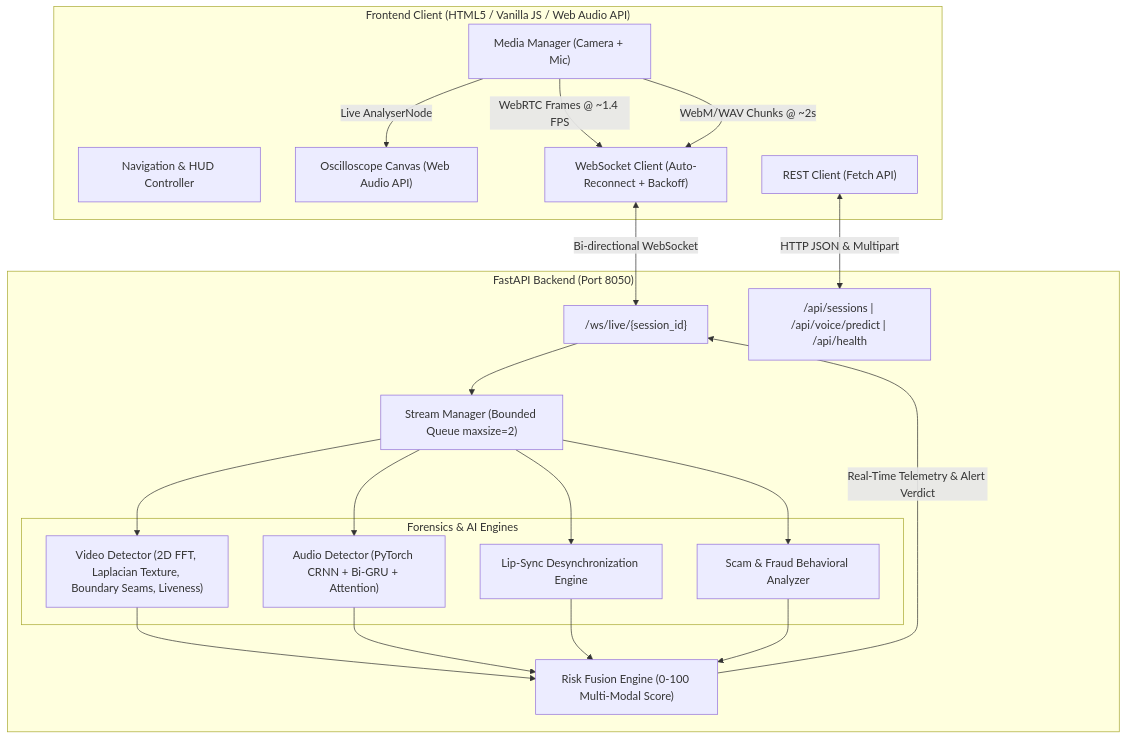
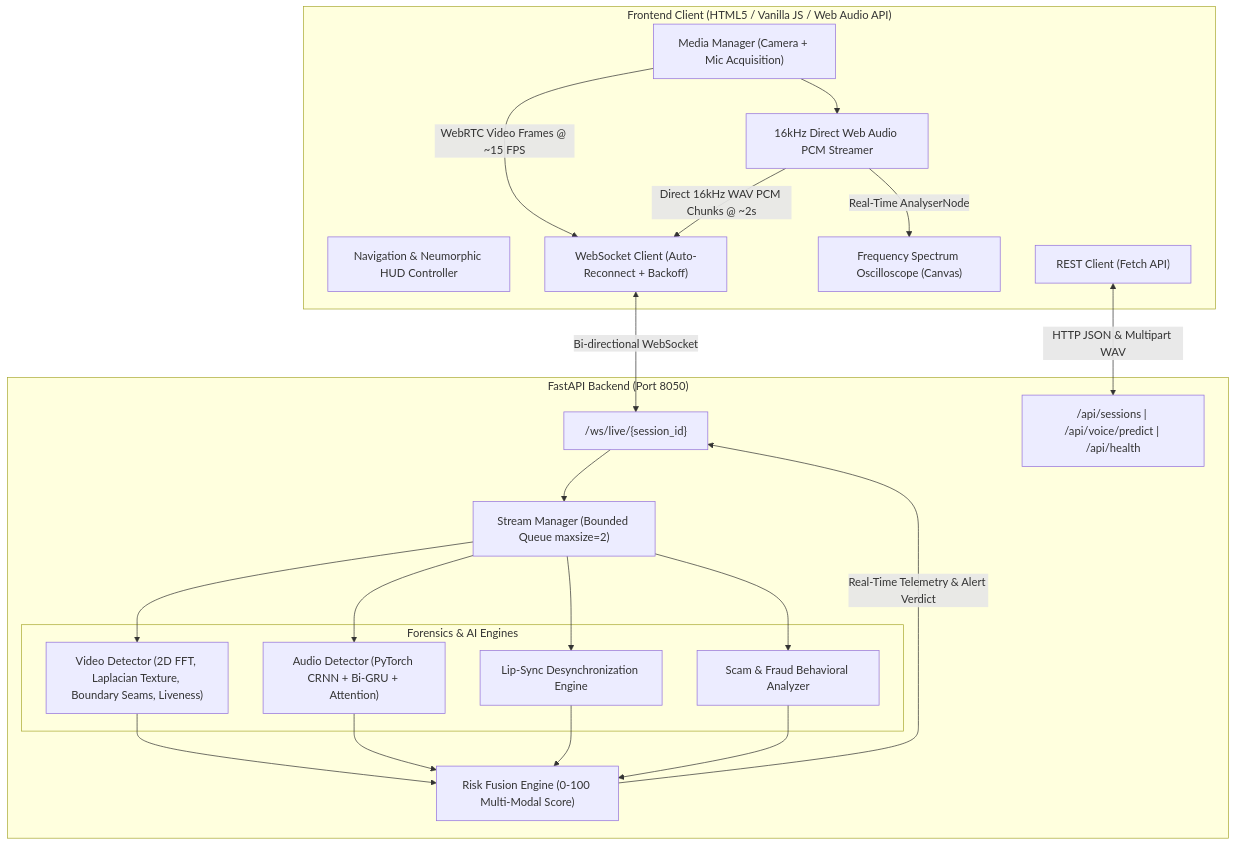
The diagram in Real-time-Deepfake-Detection-in-video-calls-main/README.md (surajkr12444-prog/DeepFake-Ai), drawn with Mermaid before and after one commit. The commit also changed other lines of this file, not shown here.

Commit message:
docs(readme): update documentation with Neumorphic UI, 6 forensic studios, direct 16kHz PCM audio streaming, and Settings control center

````diff
--- a/Real-time-Deepfake-Detection-in-video-calls-main/README.md
+++ b/Real-time-Deepfake-Detection-in-video-calls-main/README.md
@@ -33,43 +39,45 @@
 ```mermaid
 flowchart TD
     subgraph Client ["Frontend Client (HTML5 / Vanilla JS / Web Audio API)"]
-        UI["Navigation & HUD Controller"]
-        CamMic["Media Manager (Camera + Mic)"]
-        Osc["Oscilloscope Canvas (Web Audio API)"]
+        UI["Navigation & Neumorphic HUD Controller"]
+        MediaMgr["Media Manager (Camera + Mic Acquisition)"]
+        PCMStreamer["16kHz Direct Web Audio PCM Streamer"]
+        Osc["Frequency Spectrum Oscilloscope (Canvas)"]
         WSClient["WebSocket Client (Auto-Reconnect + Backoff)"]
         RESTClient["REST Client (Fetch API)"]
     end
 
     subgraph Server ["FastAPI Backend (Port 8050)"]
         RouterWS["/ws/live/{session_id}"]
         RouterREST["/api/sessions | /api/voice/predict | /api/health"]
         StreamMgr["Stream Manager (Bounded Queue maxsize=2)"]
         
         subgraph AI_Engine ["Forensics & AI Engines"]
             VideoDet["Video Detector (2D FFT, Laplacian Texture, Boundary Seams, Liveness)"]
             AudioDet["Audio Detector (PyTorch CRNN + Bi-GRU + Attention)"]
             LipSync["Lip-Sync Desynchronization Engine"]
             ScamDet["Scam & Fraud Behavioral Analyzer"]
         end
         
         RiskFusion["Risk Fusion Engine (0-100 Multi-Modal Score)"]
     end
 
-    CamMic -->|WebRTC Frames @ ~1.4 FPS| WSClient
-    CamMic -->|WebM/WAV Chunks @ ~2s| WSClient
-    CamMic -->|Live AnalyserNode| Osc
+    MediaMgr -->|WebRTC Video Frames @ ~15 FPS| WSClient
+    MediaMgr --> PCMStreamer
+    PCMStreamer -->|Direct 16kHz WAV PCM Chunks @ ~2s| WSClient
+    PCMStreamer -->|Real-Time AnalyserNode| Osc
     WSClient <-->|Bi-directional WebSocket| RouterWS
-    RESTClient <-->|HTTP JSON & Multipart| RouterREST
+    RESTClient <-->|HTTP JSON & Multipart WAV| RouterREST
 
     RouterWS --> StreamMgr
     StreamMgr --> VideoDet
     StreamMgr --> AudioDet
     StreamMgr --> LipSync
     StreamMgr --> ScamDet
 
     VideoDet --> RiskFusion
     AudioDet --> RiskFusion
     LipSync --> RiskFusion
     ScamDet --> RiskFusion
     RiskFusion -->|Real-Time Telemetry & Alert Verdict| RouterWS
 ```
````
